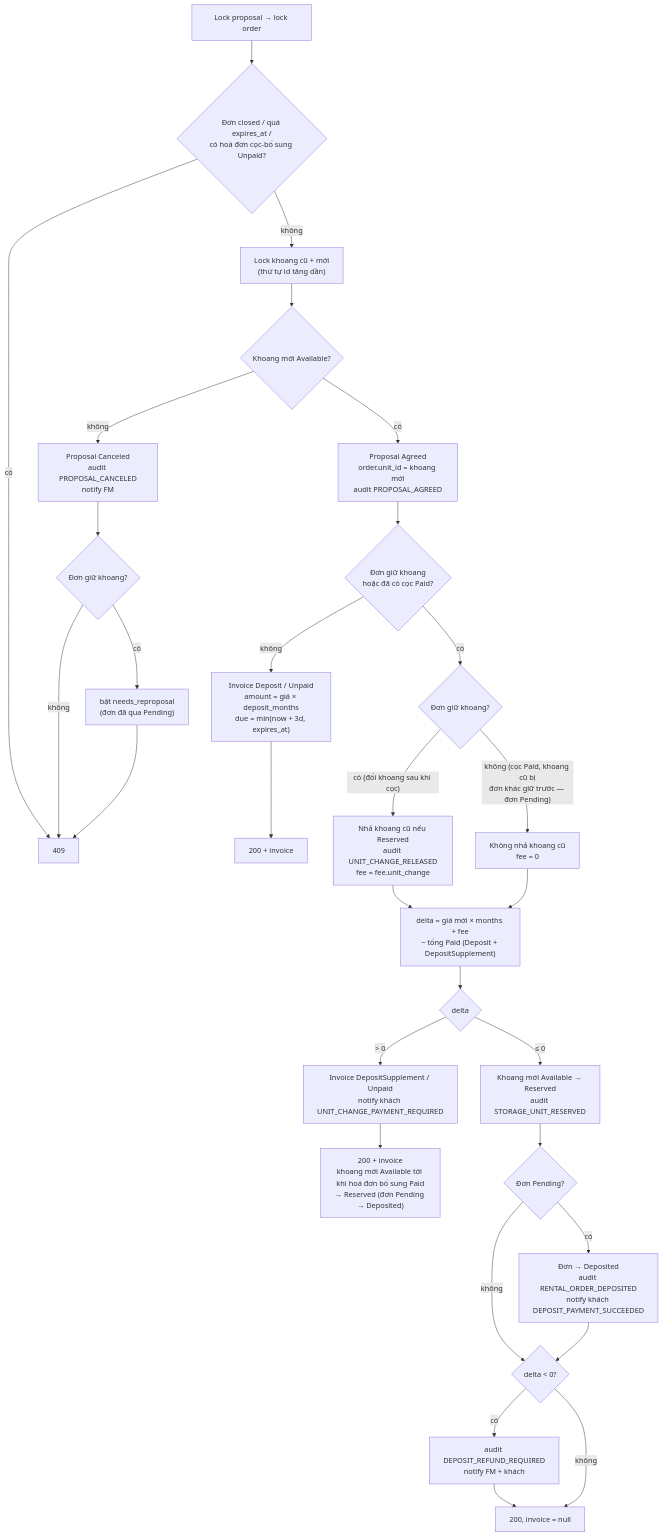
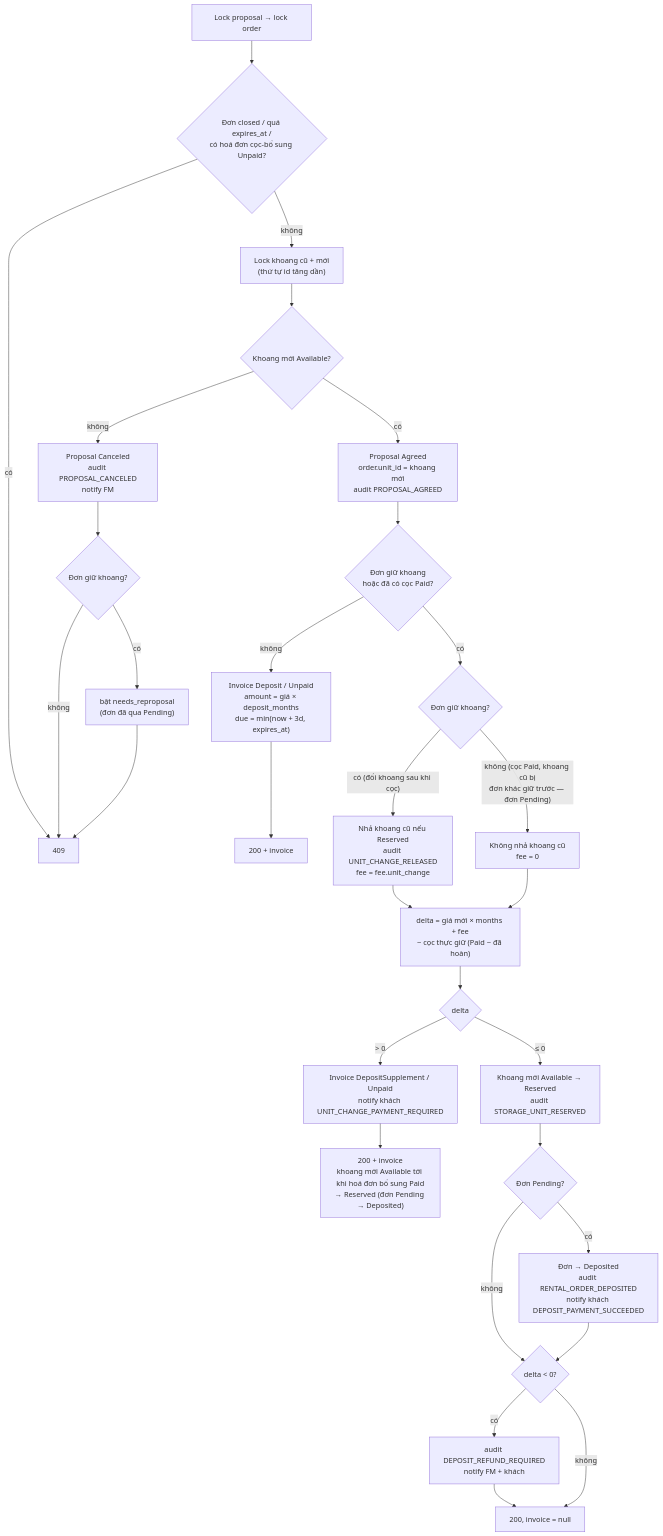
Before and after one commit to BiBo364/self-storage: the first of 3 diagrams in backend/docs/booking/proposal-flow.md, drawn with Mermaid. The commit also changed other lines of this file and 67 other files, not shown here.

````diff
--- a/backend/docs/booking/proposal-flow.md
+++ b/backend/docs/booking/proposal-flow.md
@@ -11,32 +11,32 @@
 ```mermaid
 flowchart TB
     A0["Lock proposal → lock order"] --> A1{"Đơn closed / quá expires_at /<br/>có hoá đơn cọc-bổ sung Unpaid?"}
     A1 -- có --> AX["409"]
     A1 -- không --> A2["Lock khoang cũ + mới<br/>(thứ tự id tăng dần)"]
     A2 --> A3{"Khoang mới Available?"}
     A3 -- không --> A4["Proposal Canceled<br/>audit PROPOSAL_CANCELED<br/>notify FM"]
     A4 --> A4H{"Đơn giữ khoang?"}
     A4H -- có --> A4F["bật needs_reproposal<br/>(đơn đã qua Pending)"]
     A4H -- không --> AX
     A4F --> AX
     A3 -- có --> A5["Proposal Agreed<br/>order.unit_id = khoang mới<br/>audit PROPOSAL_AGREED"]
     A5 --> A6{"Đơn giữ khoang<br/>hoặc đã có cọc Paid?"}
     A6 -- không --> A7["Invoice Deposit / Unpaid<br/>amount = giá × deposit_months<br/>due = min(now + 3d, expires_at)"]
     A7 --> A8["200 + invoice"]
     A6 -- có --> A6H{"Đơn giữ khoang?"}
     A6H -- "có (đổi khoang sau khi cọc)" --> A9["Nhả khoang cũ nếu Reserved<br/>audit UNIT_CHANGE_RELEASED<br/>fee = fee.unit_change"]
     A6H -- "không (cọc Paid, khoang cũ bị<br/>đơn khác giữ trước — đơn Pending)" --> A9P["Không nhả khoang cũ<br/>fee = 0"]
-    A9 --> A10["delta = giá mới × months + fee<br/>− tổng Paid (Deposit + DepositSupplement)"]
+    A9 --> A10["delta = giá mới × months + fee<br/>− cọc thực giữ (Paid − đã hoàn)"]
     A9P --> A10
     A10 --> A11{"delta"}
     A11 -- "> 0" --> A12["Invoice DepositSupplement / Unpaid<br/>notify khách UNIT_CHANGE_PAYMENT_REQUIRED"]
     A12 --> A13["200 + invoice<br/>khoang mới Available tới khi hoá đơn bổ sung Paid<br/>→ Reserved (đơn Pending → Deposited)"]
     A11 -- "≤ 0" --> A16["Khoang mới Available → Reserved<br/>audit STORAGE_UNIT_RESERVED"]
     A16 --> A16P{"Đơn Pending?"}
     A16P -- có --> A16D["Đơn → Deposited<br/>audit RENTAL_ORDER_DEPOSITED<br/>notify khách DEPOSIT_PAYMENT_SUCCEEDED"]
     A16P -- không --> A17{"delta < 0?"}
     A16D --> A17
     A17 -- có --> A14["audit DEPOSIT_REFUND_REQUIRED<br/>notify FM + khách"]
     A14 --> A15["200, invoice = null"]
     A17 -- không --> A15
 ```
````
